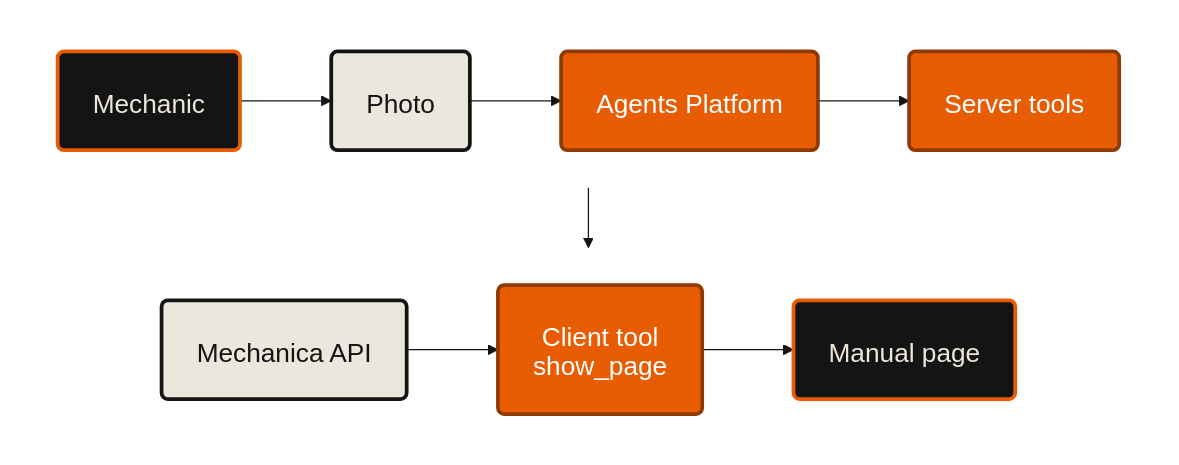
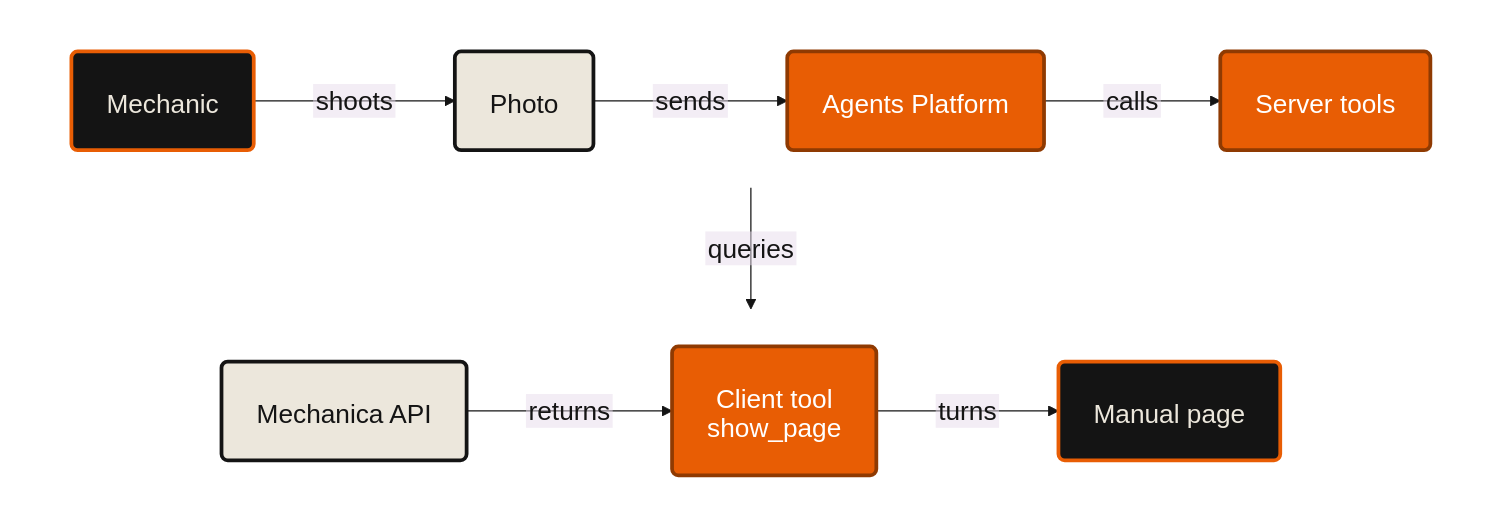
The diagram in docs/pitches/elevenlabs.md (lxorb/mechanica), drawn with Mermaid before and after one commit. The commit also changed other lines of this file and 140 other files, not shown here.

````diff
--- a/docs/pitches/elevenlabs.md
+++ b/docs/pitches/elevenlabs.md
@@ -94,20 +94,20 @@
 ```mermaid
-%%{init: {"theme":"base","htmlLabels":false,"themeVariables":{"fontSize":"21px","fontFamily":"Barlow","lineColor":"#141414","primaryColor":"#ece7dc","primaryTextColor":"#141414","primaryBorderColor":"#141414","background":"#ffffff"},"flowchart":{"curve":"linear","htmlLabels":false,"nodeSpacing":40,"rankSpacing":48,"padding":28,"useMaxWidth":false}}}%%
+%%{init: {"theme":"base","htmlLabels":false,"themeVariables":{"fontSize":"21px","fontFamily":"Barlow","lineColor":"#141414","primaryColor":"#ece7dc","primaryTextColor":"#141414","primaryBorderColor":"#141414","background":"#ffffff"},"flowchart":{"curve":"linear","htmlLabels":false,"nodeSpacing":40,"rankSpacing":70,"padding":28,"useMaxWidth":false}}}%%
 flowchart TB
   subgraph R1[" "]
     direction LR
-    MECH("Mechanic"):::ends --> PHOT("Photo"):::ours --> AP("Agents Platform"):::them --> ST("Server tools"):::them
+    MECH("Mechanic"):::ends -- "shoots" --> PHOT("Photo"):::ours -- "sends" --> AP("Agents Platform"):::them -- "calls" --> ST("Server tools"):::them
   end
   subgraph R2[" "]
     direction LR
-    API("Mechanica API"):::ours --> SHOW("Client tool show_page"):::them --> PAGE("Manual page"):::ends
+    API("Mechanica API"):::ours -- "returns" --> SHOW("Client tool show_page"):::them -- "turns" --> PAGE("Manual page"):::ends
   end
 
-  R1 --> R2
+  R1 -- "queries" --> R2
 
   classDef ends fill:#141414,stroke:#e85d04,stroke-width:3px,color:#ece7dc
   classDef ours fill:#ece7dc,stroke:#141414,stroke-width:3px,color:#141414
   classDef them fill:#e85d04,stroke:#8f3a02,stroke-width:3px,color:#ffffff
   style R1 fill:none,stroke:none
   style R2 fill:none,stroke:none
 ```
````
